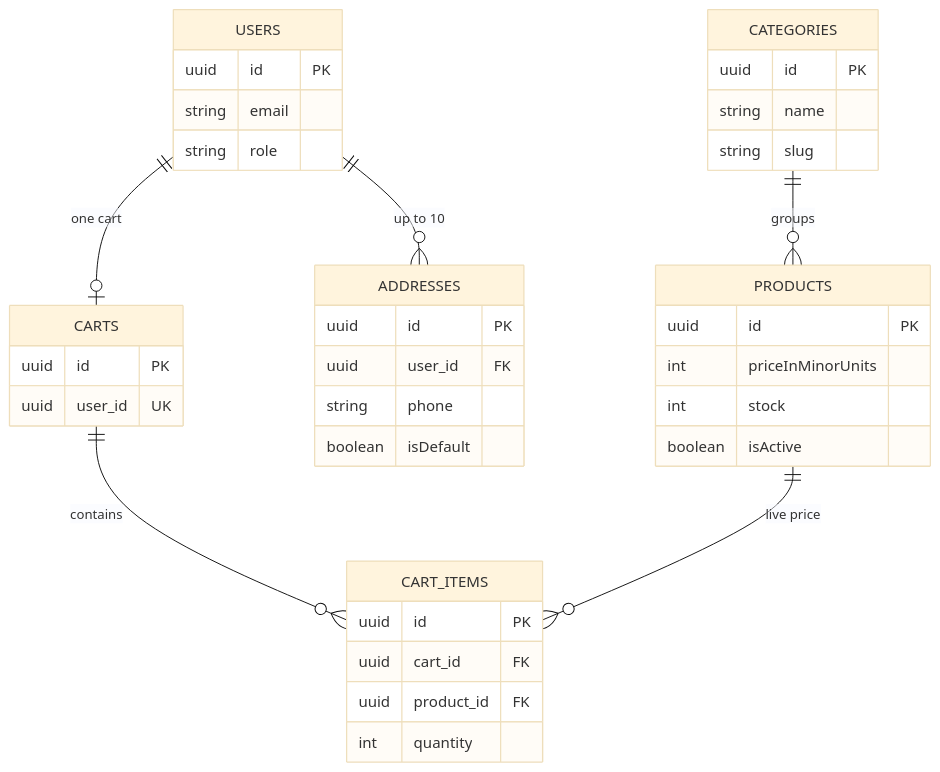
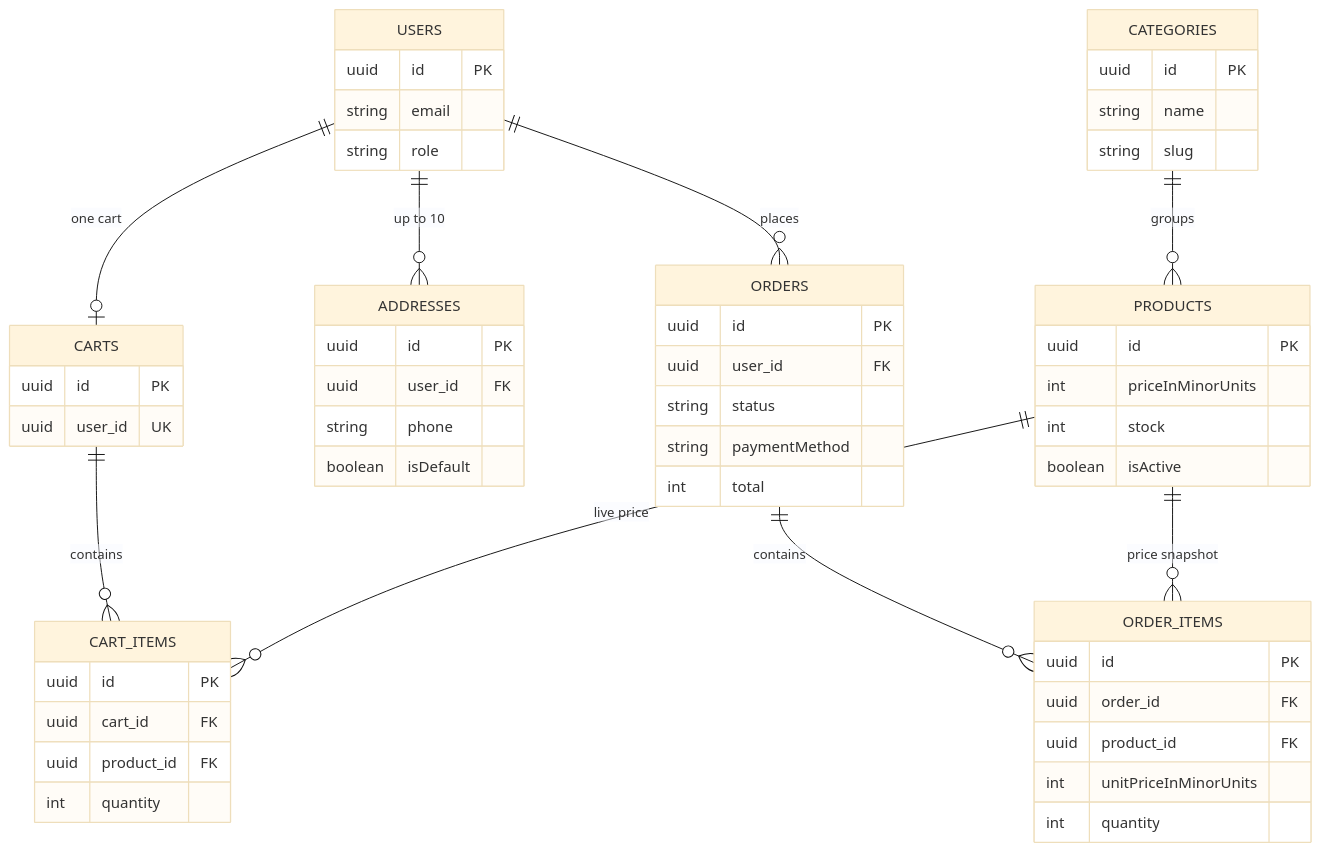
The fifth of 6 diagrams in README.md (mahdi-code007/ecommerce-api-typescript), drawn with Mermaid (base theme) before and after one commit. The commit also changed other lines of this file and 14 other files, not shown here.

First line of the commit message:
feat: add COD checkout and order status flow

````diff
--- a/README.md
+++ b/README.md
@@ -398,40 +432,57 @@
 ```mermaid
 erDiagram
   USERS ||--o| CARTS : "one cart"
   USERS ||--o{ ADDRESSES : "up to 10"
+  USERS ||--o{ ORDERS : places
   CARTS ||--o{ CART_ITEMS : contains
   PRODUCTS ||--o{ CART_ITEMS : "live price"
+  ORDERS ||--o{ ORDER_ITEMS : contains
+  PRODUCTS ||--o{ ORDER_ITEMS : "price snapshot"
   CATEGORIES ||--o{ PRODUCTS : groups
   USERS {
     uuid id PK
     string email
     string role
   }
   CARTS {
     uuid id PK
     uuid user_id UK
   }
   CART_ITEMS {
     uuid id PK
     uuid cart_id FK
     uuid product_id FK
     int quantity
   }
   ADDRESSES {
     uuid id PK
     uuid user_id FK
     string phone
     boolean isDefault
   }
+  ORDERS {
+    uuid id PK
+    uuid user_id FK
+    string status
+    string paymentMethod
+    int total
+  }
+  ORDER_ITEMS {
+    uuid id PK
+    uuid order_id FK
+    uuid product_id FK
+    int unitPriceInMinorUnits
+    int quantity
+  }
   PRODUCTS {
     uuid id PK
     int priceInMinorUnits
     int stock
     boolean isActive
   }
   CATEGORIES {
     uuid id PK
     string name
     string slug
   }
 ```
````
